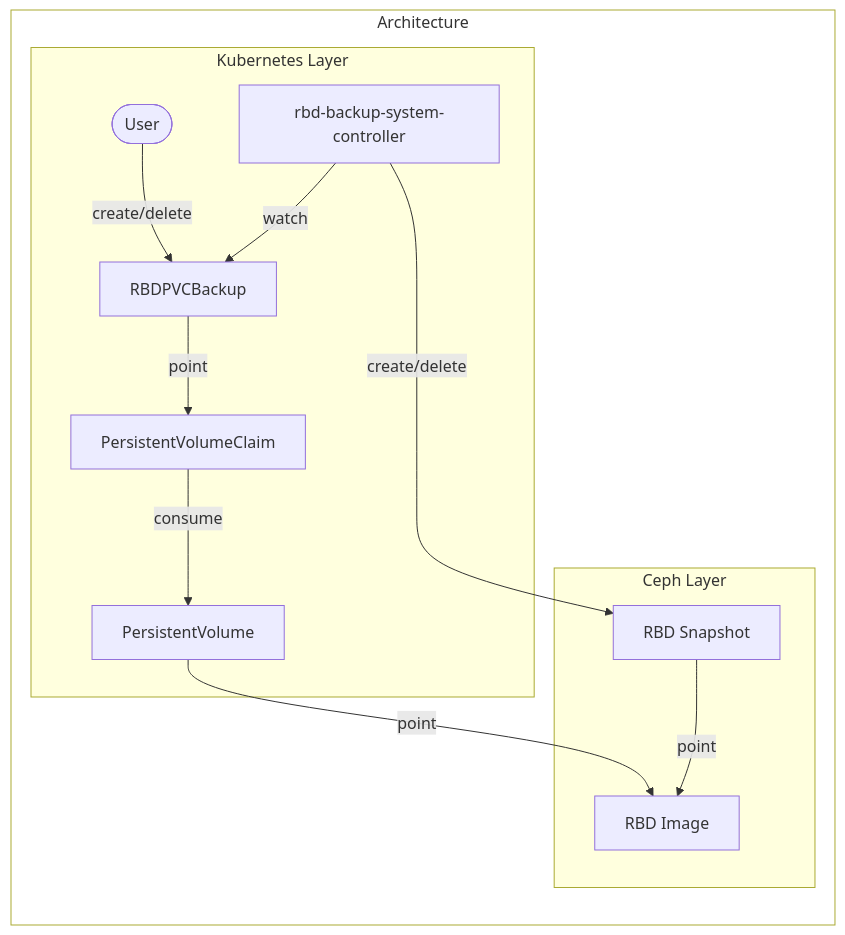
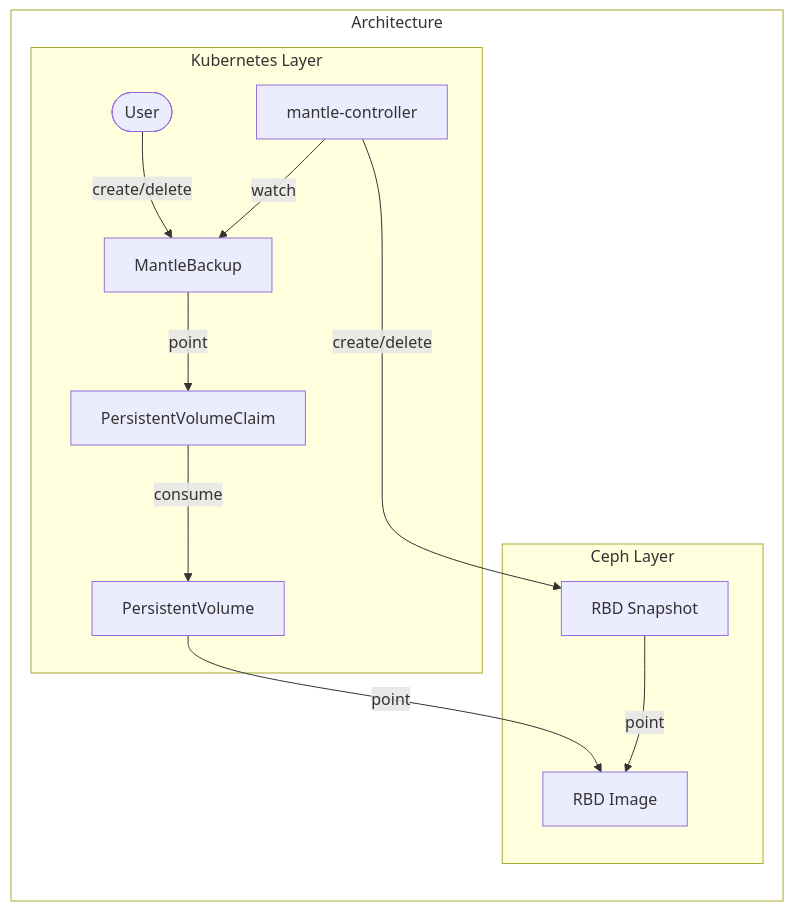
Before and after one commit to cybozu-go/mantle: the diagram in docs/design.md, drawn with Mermaid. The commit also changed other lines of this file and 34 other files, not shown here.

````diff
--- a/docs/design.md
+++ b/docs/design.md
@@ -18,33 +18,33 @@
 ```mermaid
 %%{init:{'theme': 'default'}}%%
 
 flowchart LR
 
     style Architecture fill:#FFFFFF
     subgraph Architecture
 
       USER([User])
-      RBSC[rbd-backup-system-controller]
-      RPB[RBDPVCBackup]
+      RBSC[mantle-controller]
+      RPB[MantleBackup]
       PVC[PersistentVolumeClaim]
       PV[PersistentVolume]
       RI[RBD Image]
       RS[RBD Snapshot]
 
       subgraph Kubernetes Layer
         USER -- create/delete --> RPB
         RBSC -- watch --> RPB
         RPB -- point --> PVC
         PVC -- consume --> PV
       end
 
       subgraph Ceph Layer
         RBSC -- create/delete --> RS
         PV -- point --> RI
         RS -- point --> RI
         
       end
 
 
     end
 ```
````
